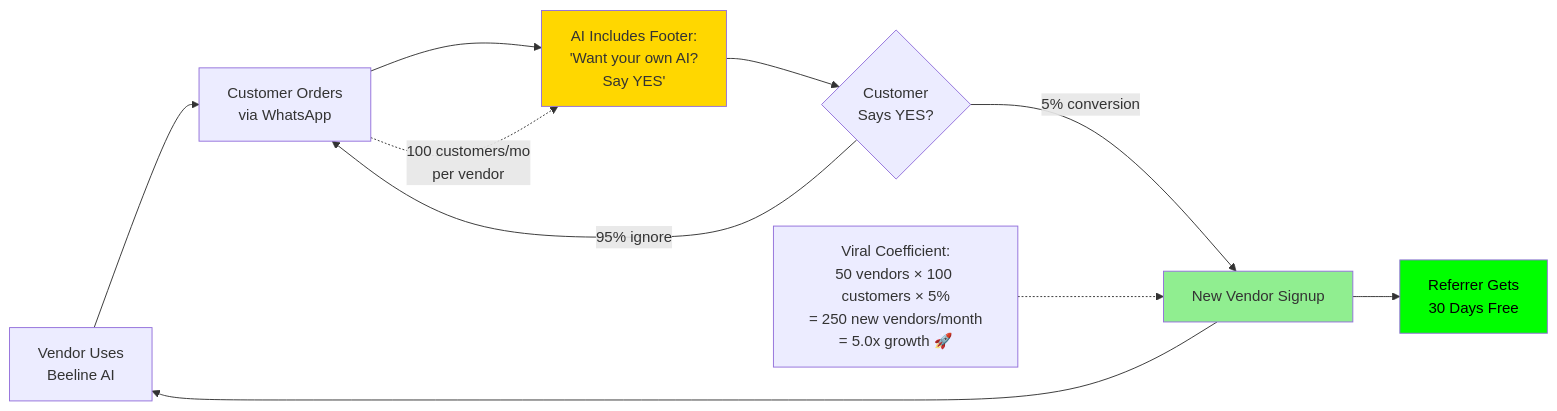
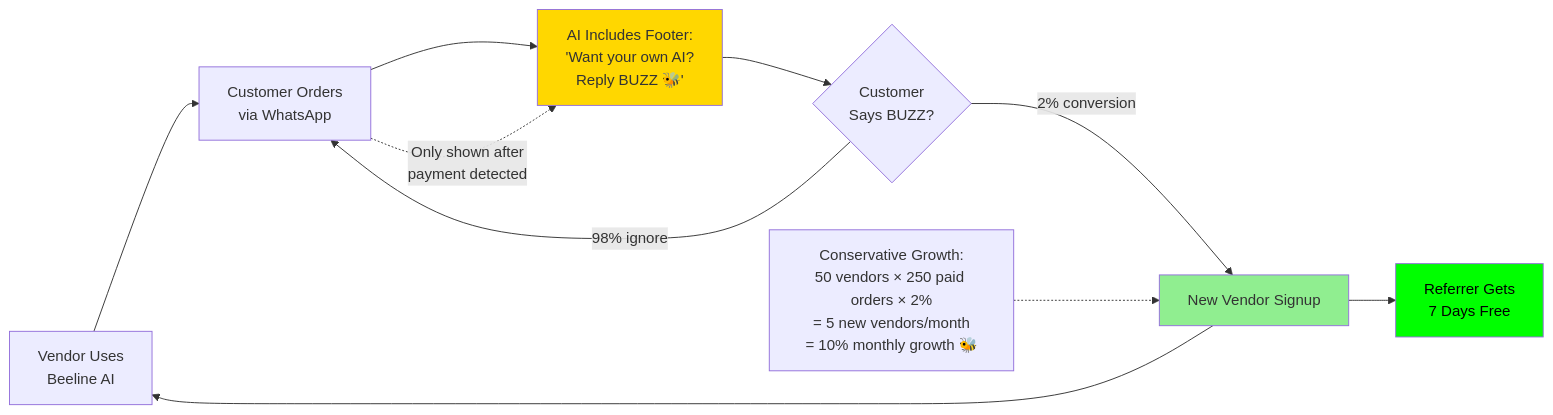
The ninth of 11 diagrams in docs/ARCHITECTURE-DIAGRAMS.md (nanayawjoshua/whatsapp-ai-platform), drawn with Mermaid before and after one commit. The commit also changed other lines of this file and 10 other files, not shown here.

````diff
--- a/docs/ARCHITECTURE-DIAGRAMS.md
+++ b/docs/ARCHITECTURE-DIAGRAMS.md
@@ -381,20 +388,20 @@
 ```mermaid
 graph LR
     A[Vendor Uses<br/>Beeline AI] --> B[Customer Orders<br/>via WhatsApp]
-    B --> C[AI Includes Footer:<br/>'Want your own AI?<br/>Say YES']
-    C --> D{Customer<br/>Says YES?}
-    D -->|5% conversion| E[New Vendor Signup]
-    D -->|95% ignore| B
-    E --> F[Referrer Gets<br/>30 Days Free]
+    B --> C[AI Includes Footer:<br/>'Want your own AI?<br/>Reply BUZZ 🐝']
+    C --> D{Customer<br/>Says BUZZ?}
+    D -->|2% conversion| E[New Vendor Signup]
+    D -->|98% ignore| B
+    E --> F[Referrer Gets<br/>7 Days Free]
     E --> A
 
-    B -.->|100 customers/mo<br/>per vendor| C
+    B -.->|Only shown after<br/>payment detected| C
 
     style C fill:#FFD700
     style E fill:#90EE90
     style F fill:#00FF00,color:#000
 
-    Note1[Viral Coefficient:<br/>50 vendors × 100 customers × 5%<br/>= 250 new vendors/month<br/>= 5.0x growth 🚀]
+    Note1[Conservative Growth:<br/>50 vendors × 250 paid orders × 2%<br/>= 5 new vendors/month<br/>= 10% monthly growth 🐝]
 
     Note1 -.-> E
 ```
````
